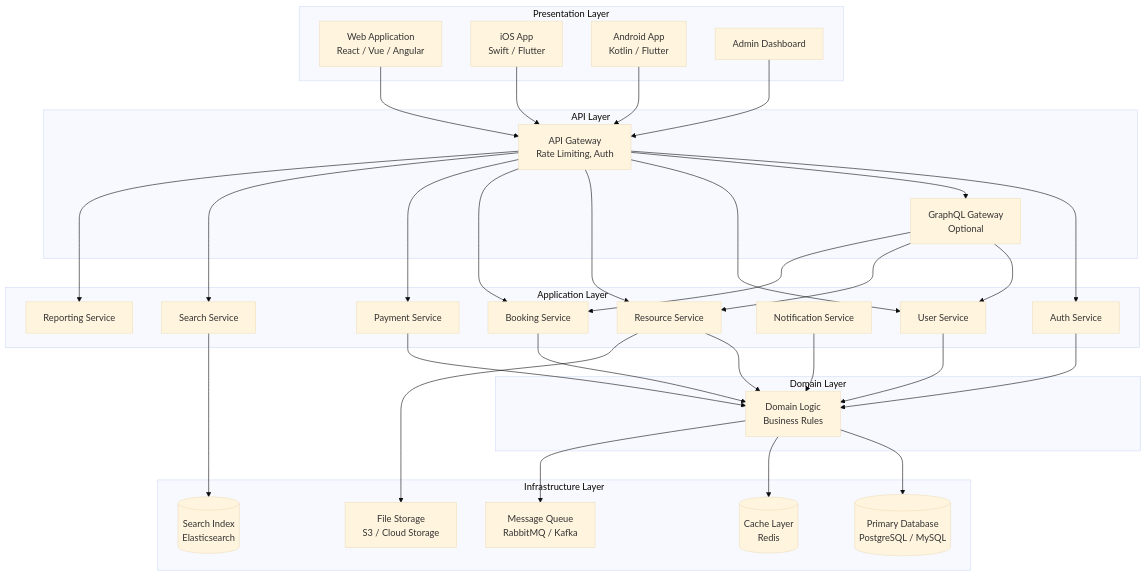
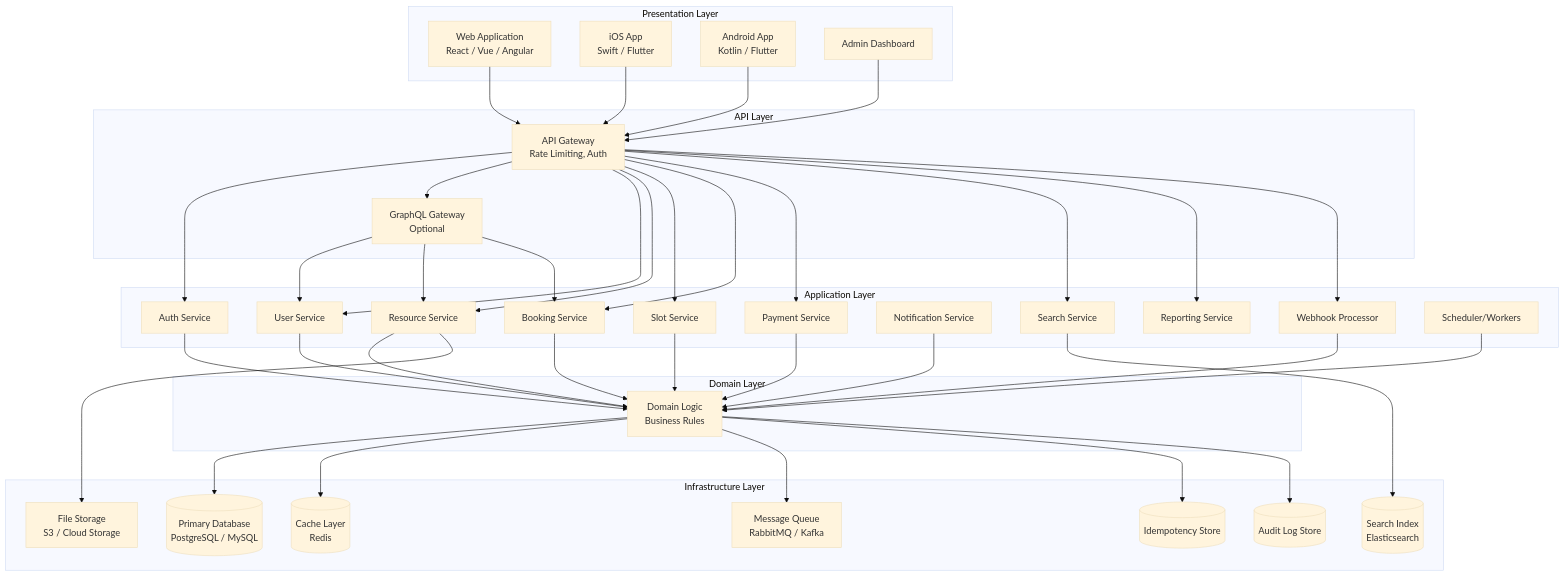
The first of 6 diagrams in Slot Booking System/high-level-design/architecture-diagram.md (0Ankit0/Project-Ideas), drawn with Mermaid (base theme) before and after one commit. The commit also changed other lines of this file and 23 other files, not shown here.

First line of the commit message:
feat: Enhance Slot Booking System documentation and architecture

````diff
--- a/Slot Booking System/high-level-design/architecture-diagram.md
+++ b/Slot Booking System/high-level-design/architecture-diagram.md
@@ -15,68 +15,80 @@
 ```mermaid
 graph TB
     subgraph "Presentation Layer"
         WEB[Web Application<br/>React / Vue / Angular]
         MOB_IOS[iOS App<br/>Swift / Flutter]
         MOB_AND[Android App<br/>Kotlin / Flutter]
         ADMIN_WEB[Admin Dashboard]
     end
     
     subgraph "API Layer"
         GATEWAY[API Gateway<br/>Rate Limiting, Auth]
         GQL[GraphQL Gateway<br/>Optional]
     end
     
     subgraph "Application Layer"
         AUTH[Auth Service]
         USER[User Service]
         RES[Resource Service]
+        SLOT[Slot Service]
         BOOK[Booking Service]
         PAY[Payment Service]
         NOTIF[Notification Service]
         SEARCH[Search Service]
         REPORT[Reporting Service]
+        WEBHOOK[Webhook Processor]
+        SCHED[Scheduler/Workers]
     end
     
     subgraph "Domain Layer"
         DOMAIN[Domain Logic<br/>Business Rules]
     end
     
     subgraph "Infrastructure Layer"
         DB[(Primary Database<br/>PostgreSQL / MySQL)]
         CACHE[(Cache Layer<br/>Redis)]
         SEARCH_IDX[(Search Index<br/>Elasticsearch)]
         QUEUE[Message Queue<br/>RabbitMQ / Kafka]
         STORAGE[File Storage<br/>S3 / Cloud Storage]
+        IDEMP[(Idempotency Store)]
+        AUDIT[(Audit Log Store)]
     end
     
     WEB --> GATEWAY
     MOB_IOS --> GATEWAY
     MOB_AND --> GATEWAY
     ADMIN_WEB --> GATEWAY
     
     GATEWAY --> AUTH
     GATEWAY --> GQL
     GQL --> USER
     GQL --> RES
     GQL --> BOOK
     
     GATEWAY --> USER
     GATEWAY --> RES
+    GATEWAY --> SLOT
     GATEWAY --> BOOK
     GATEWAY --> PAY
     GATEWAY --> SEARCH
     GATEWAY --> REPORT
+    GATEWAY --> WEBHOOK
     
     AUTH --> DOMAIN
     USER --> DOMAIN
     RES --> DOMAIN
+    SLOT --> DOMAIN
     BOOK --> DOMAIN
     PAY --> DOMAIN
     NOTIF --> DOMAIN
+    WEBHOOK --> DOMAIN
+    SCHED --> DOMAIN
     
     DOMAIN --> DB
     DOMAIN --> CACHE
     DOMAIN --> QUEUE
+    DOMAIN --> IDEMP
+    DOMAIN --> AUDIT
     RES --> STORAGE
     SEARCH --> SEARCH_IDX
 ```
````
